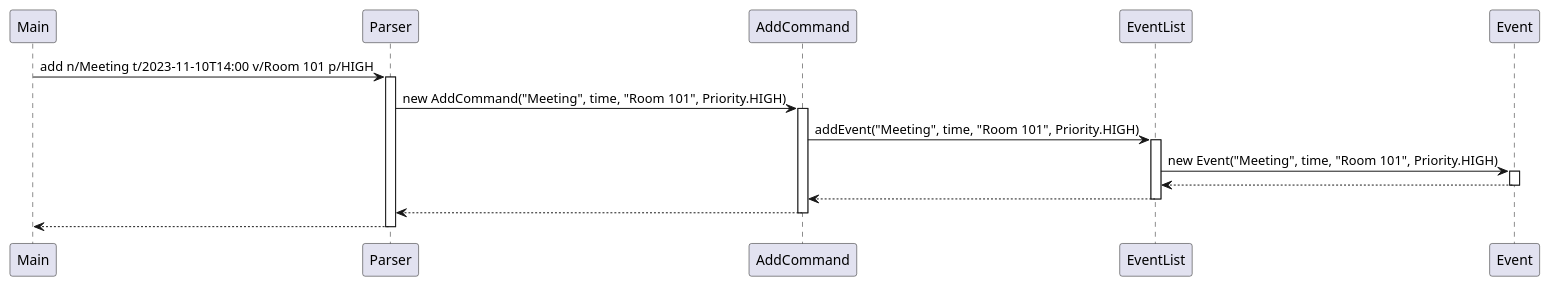
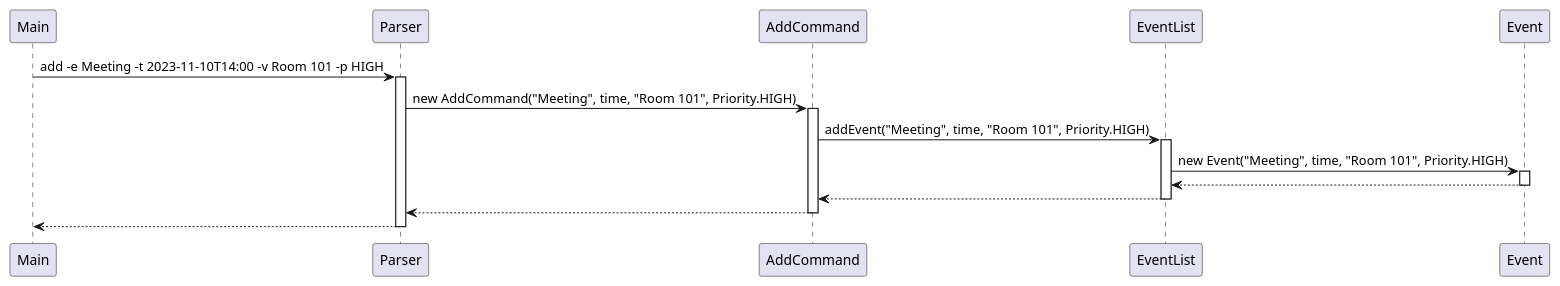
Before and after one commit to nus-cs2113-AY2425S1/tp: the diagram in docs/diagrams/AddEventSequenceDiagram.puml, drawn with PlantUML. The commit also changed 2 other files, not shown here.

```diff
--- a/docs/diagrams/AddEventSequenceDiagram.puml
+++ b/docs/diagrams/AddEventSequenceDiagram.puml
@@ -1,20 +1,20 @@
 @startuml
 
-Main -> Parser: add n/Meeting t/2023-11-10T14:00 v/Room 101 p/HIGH
+Main -> Parser: add -e Meeting -t 2023-11-10T14:00 -v Room 101 -p HIGH
 activate Parser
 Parser -> AddCommand: new AddCommand("Meeting", time, "Room 101", Priority.HIGH)
 activate AddCommand
 AddCommand -> EventList: addEvent("Meeting", time, "Room 101", Priority.HIGH)
 activate EventList
 EventList -> Event: new Event("Meeting", time, "Room 101", Priority.HIGH)
 activate Event
 Event --> EventList
 deactivate Event
 EventList --> AddCommand
 deactivate EventList
 AddCommand --> Parser
 deactivate AddCommand
 Parser --> Main
 deactivate Parser
 
 @enduml
```
